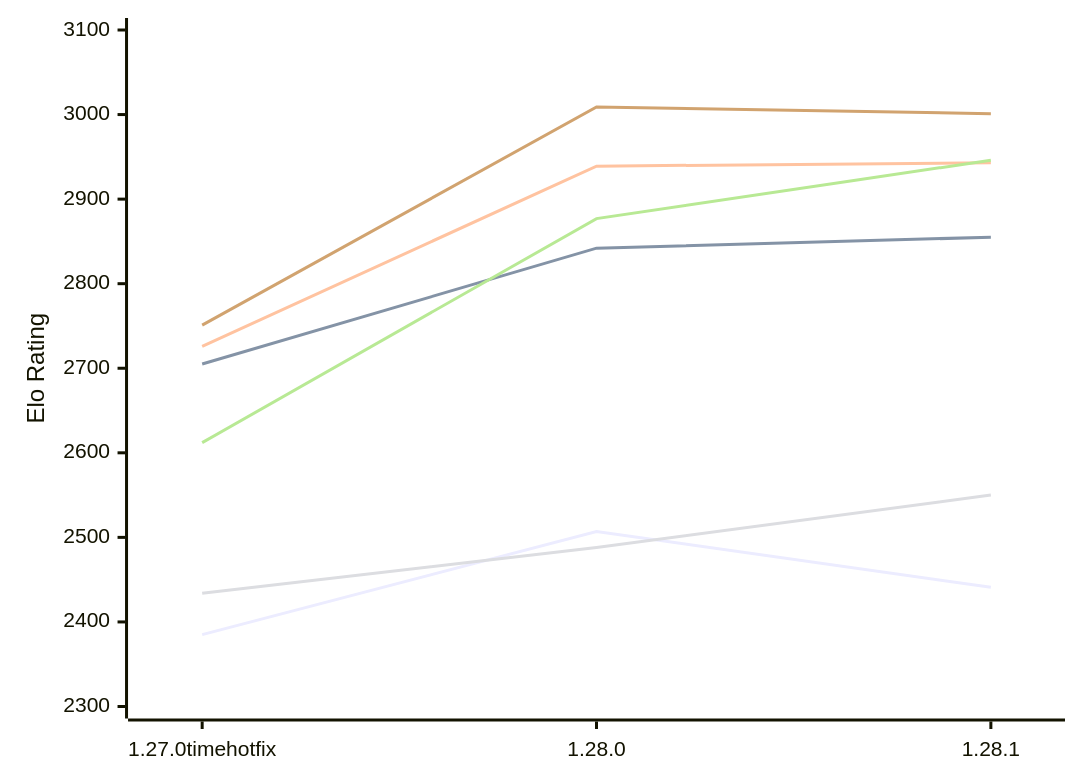
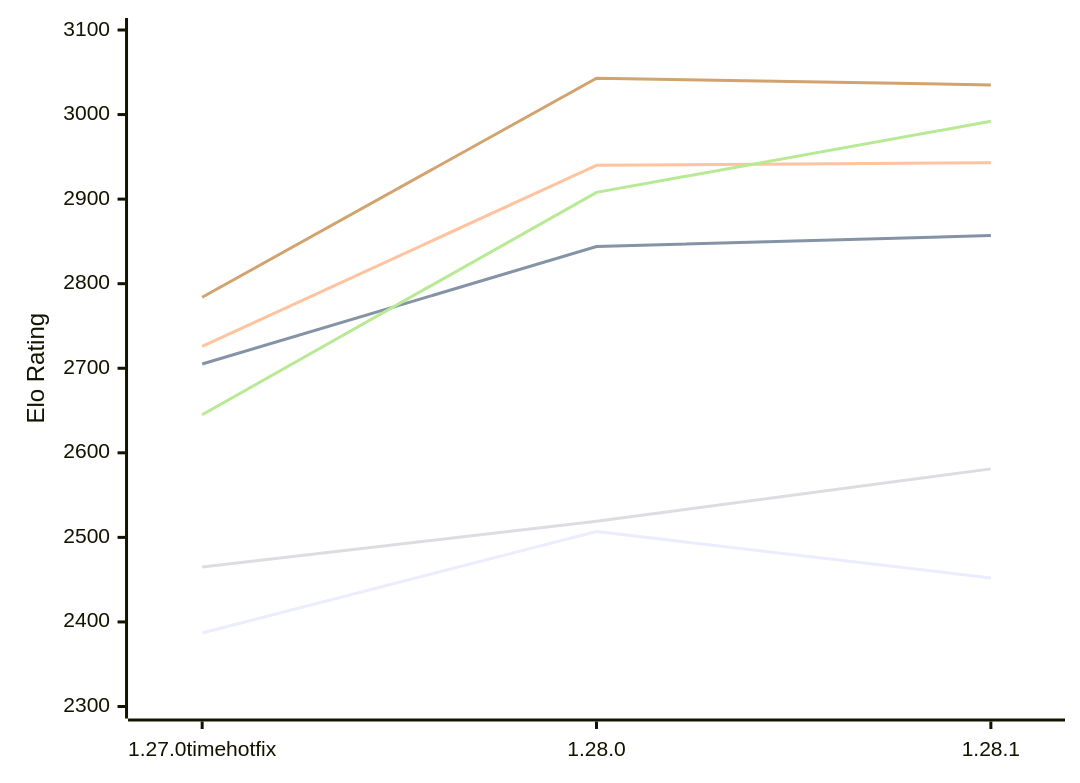
The first of 2 diagrams in engines/Aurora.md (computer-chess-index/cci), drawn with Mermaid before and after one commit. The commit also changed other lines of this file, not shown here.

Commit message:
Update CCI Ratings (ELO VLTC) - 2026-11-05

````diff
--- a/engines/Aurora.md
+++ b/engines/Aurora.md
@@ -52,12 +52,12 @@
 ```mermaid
 %%{init: {"theme":"base","themeVariables":{"seriesColors:['#a3a3a3','#222221','#faa371']}}}%%
 xychart-beta
   x-axis ["1.27.0timehotfix", "1.28.0", "1.28.1"]
   y-axis "Elo Rating" 2300 --> 3100
-  line "E1: STC (8.0+0.08s)" [2385, 2507, 2441]
-  line "E1: LTC (60.0+0.60s)" [2705, 2842, 2855]
-  line "E1: VLTC (2m24s+1.12s)" [2726, 2939, 2943]
-  line "P1: STC (8.0+0.08s)" [2434, 2488, 2550]
-  line "P1: LTC (60.0+0.60s)" [2612, 2877, 2946]
-  line "P1: VLTC (2m24s+1.12s)" [2751, 3009, 3001]
+  line "E1: STC (8.0+0.08s)" [2387, 2507, 2452]
+  line "E1: LTC (60.0+0.60s)" [2705, 2844, 2857]
+  line "E1: VLTC (2m24s+1.12s)" [2726, 2940, 2943]
+  line "P1: STC (8.0+0.08s)" [2465, 2519, 2581]
+  line "P1: LTC (60.0+0.60s)" [2645, 2908, 2992]
+  line "P1: VLTC (2m24s+1.12s)" [2784, 3043, 3035]
 ```
````
